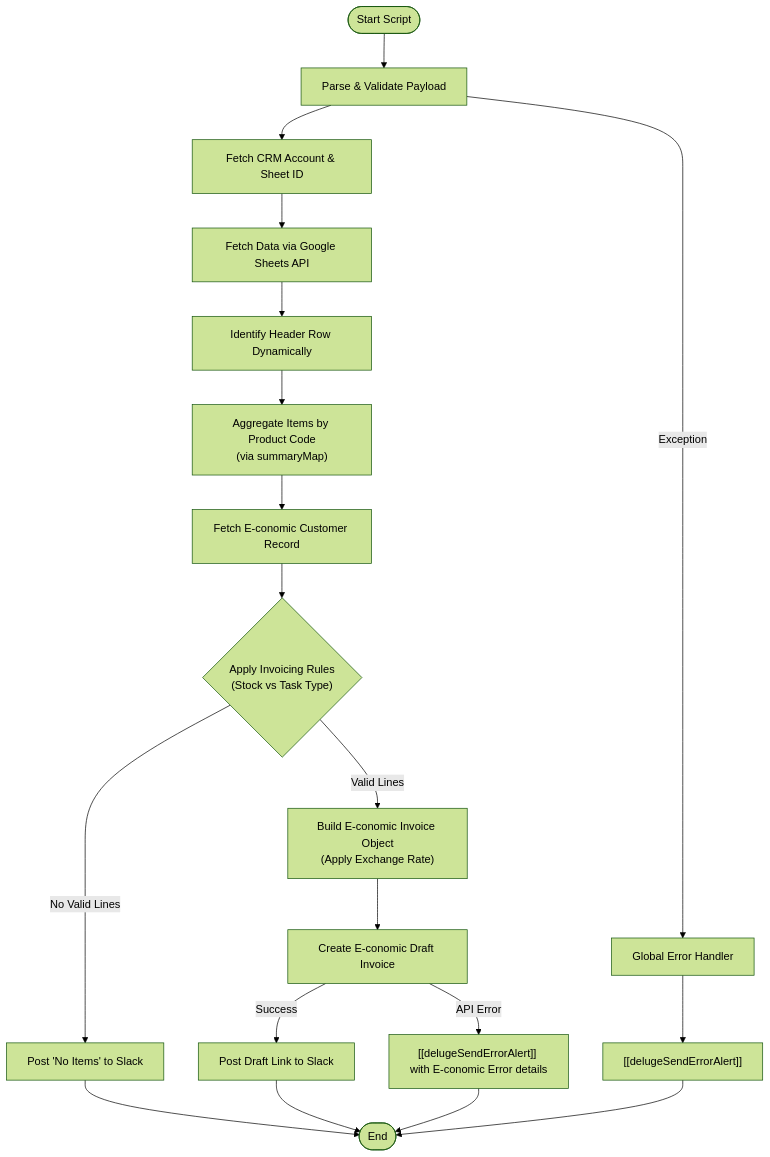
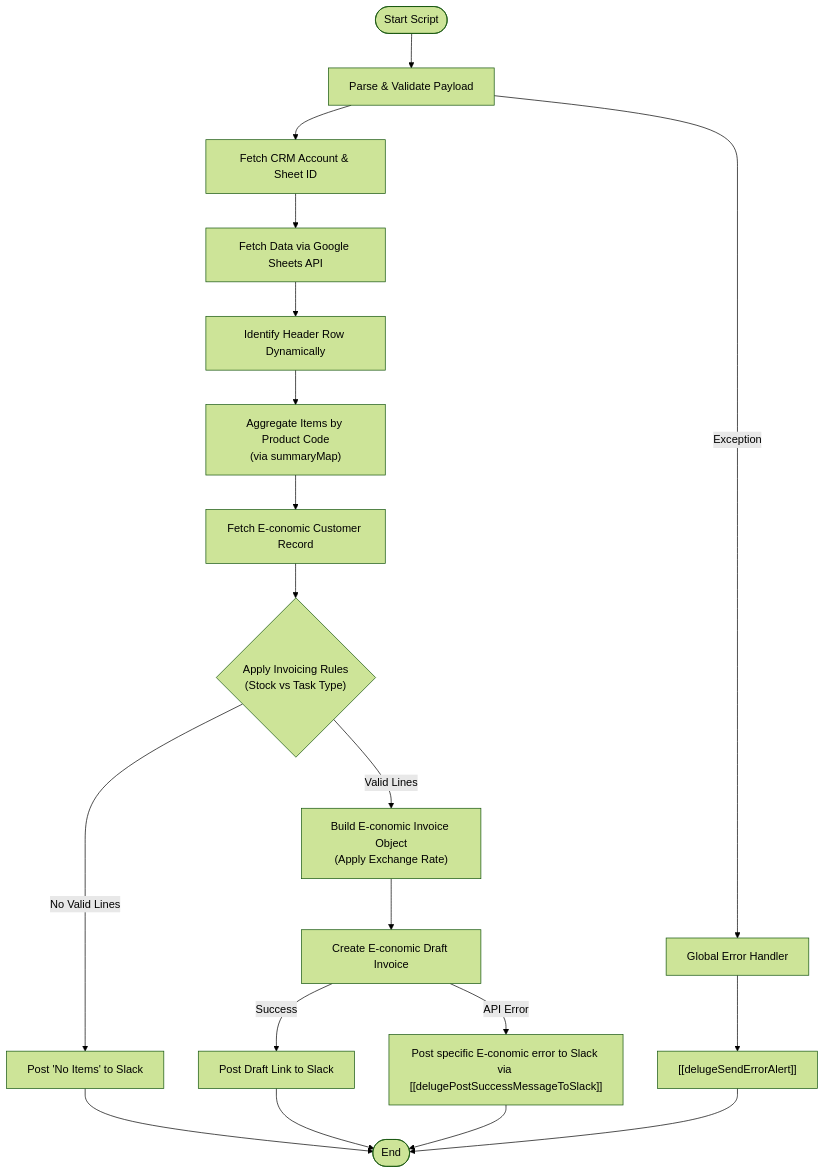
The diagram in Revenue and Finance/Invoicing Automation/Draft Invoicing Handler/delugeProcessRenewalsOrNewSalesForInvoicingV2.md (martinkp93/zoho-scripts), drawn with Mermaid (forest theme) before and after one commit. The commit also changed other lines of this file, not shown here.

Commit message:
Update delugeProcessRenewalsOrNewSalesForInvoicingV2.md docs via DeluluDocu

````diff
--- a/Revenue and Finance/Invoicing Automation/Draft Invoicing Handler/delugeProcessRenewalsOrNewSalesForInvoicingV2.md
+++ b/Revenue and Finance/Invoicing Automation/Draft Invoicing Handler/delugeProcessRenewalsOrNewSalesForInvoicingV2.md
@@ -36,25 +36,25 @@
 ```mermaid
 graph TD
     Start(["Start Script"]) --> Parse["Parse & Validate Payload"]
     Parse --> GetCRM["Fetch CRM Account & Sheet ID"]
     GetCRM --> FetchSheet["Fetch Data via Google Sheets API"]
     FetchSheet --> FindHeaders["Identify Header Row Dynamically"]
     FindHeaders --> Agg["Aggregate Items by Product Code<br/>(via summaryMap)"]
     Agg --> GetEcon["Fetch E-conomic Customer Record"]
     GetEcon --> Rules{"Apply Invoicing Rules<br/>(Stock vs Task Type)"}
     
     Rules -- "Valid Lines" --> Build["Build E-conomic Invoice Object<br/>(Apply Exchange Rate)"]
     Rules -- "No Valid Lines" --> SlackEmpty["Post 'No Items' to Slack"]
     
     Build --> CreateDraft["Create E-conomic Draft Invoice"]
     CreateDraft -- "Success" --> SlackSuccess["Post Draft Link to Slack"]
-    CreateDraft -- "API Error" --> AlertError["[[delugeSendErrorAlert]] with E-conomic Error details"]
+    CreateDraft -- "API Error" --> SlackErrSpecific["Post specific E-conomic error to Slack via [[delugePostSuccessMessageToSlack]]"]
     
     SlackEmpty --> End(["End"])
     SlackSuccess --> End
-    AlertError --> End
+    SlackErrSpecific --> End
     
     Parse -- "Exception" --> HandleError["Global Error Handler"]
     HandleError --> SlackErr["[[delugeSendErrorAlert]]"]
     SlackErr --> End
 ```
````
